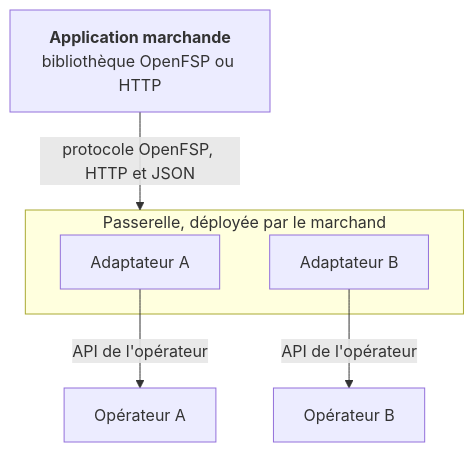
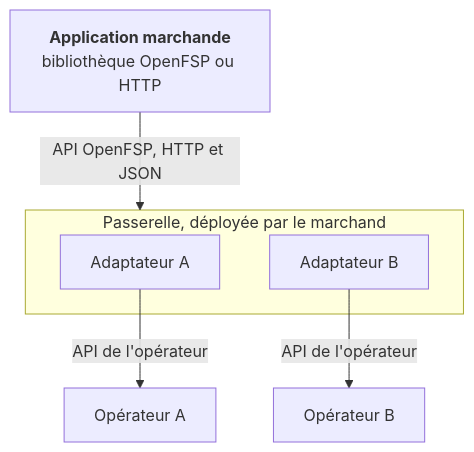
The diagram in content/docs/gateway.fr.mdx (openfspht/openfsp.org), drawn with Mermaid before and after one commit. The commit also changed other lines of this file and 33 other files, not shown here.

````diff
--- a/content/docs/gateway.fr.mdx
+++ b/content/docs/gateway.fr.mdx
@@ -23,13 +23,13 @@
 ```mermaid
 flowchart TD
     A["<b>Application marchande</b><br/>bibliothèque OpenFSP ou HTTP"]
     subgraph G["Passerelle, déployée par le marchand"]
         AD1["Adaptateur A"]
         AD2["Adaptateur B"]
     end
     P1["Opérateur A"]
     P2["Opérateur B"]
-    A -- "protocole OpenFSP, HTTP et JSON" --> G
+    A -- "API OpenFSP, HTTP et JSON" --> G
     AD1 -- "API de l'opérateur" --> P1
     AD2 -- "API de l'opérateur" --> P2
 ```
````
